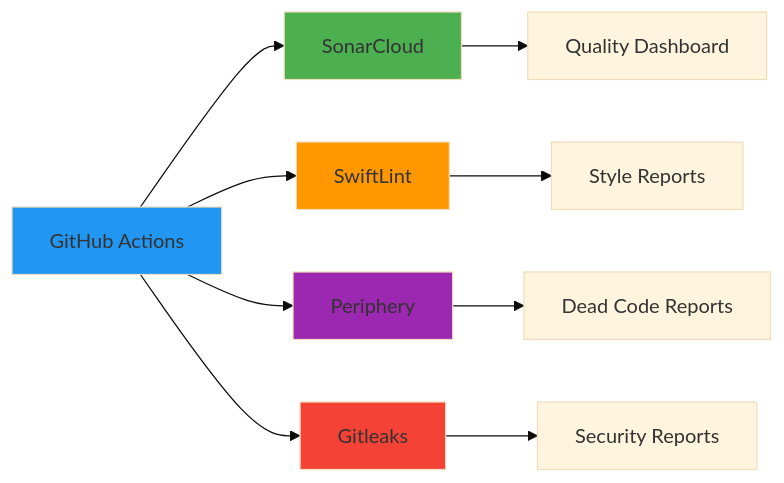
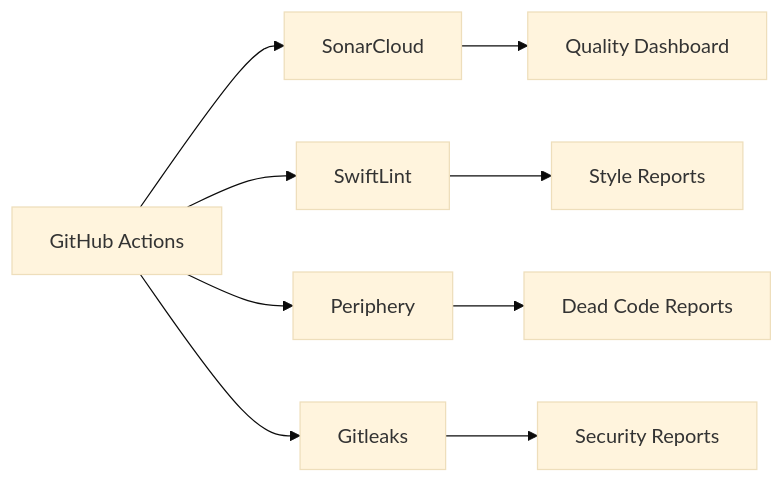
One commit to ericodx/swift-structure changed the fifth of 6 diagrams in Docs/CI/README.md. Above: the diagram before and after it, drawn with Mermaid (base theme). The commit also changed other lines of this file, not shown here.

````diff
--- a/Docs/CI/README.md
+++ b/Docs/CI/README.md
@@ -256,18 +255,12 @@
 ```mermaid
 graph LR
     A[GitHub Actions] --> B[SonarCloud]
     A --> C[SwiftLint]
     A --> D[Periphery]
     A --> E[Gitleaks]
     
     B --> F[Quality Dashboard]
     C --> G[Style Reports]
     D --> H[Dead Code Reports]
     E --> I[Security Reports]
-    
-    style A fill:#2196f3
-    style B fill:#4caf50
-    style C fill:#ff9800
-    style D fill:#9c27b0
-    style E fill:#f44336
 ```
````
